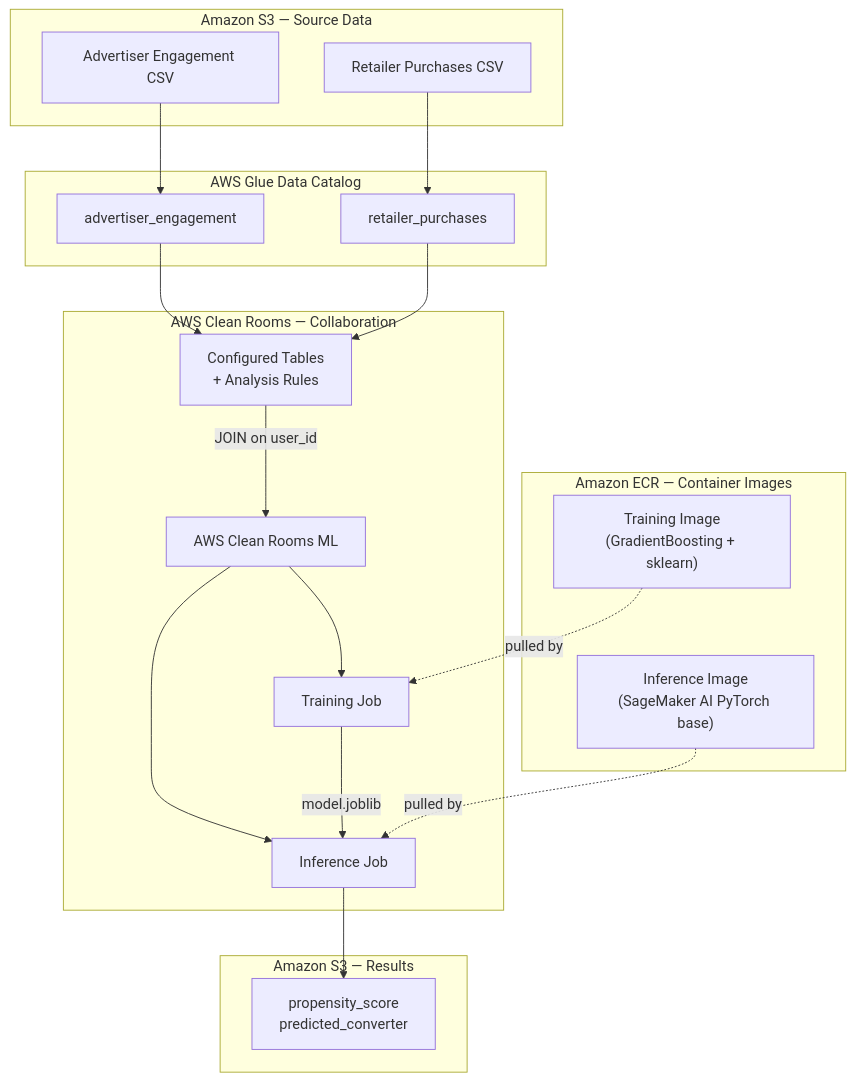
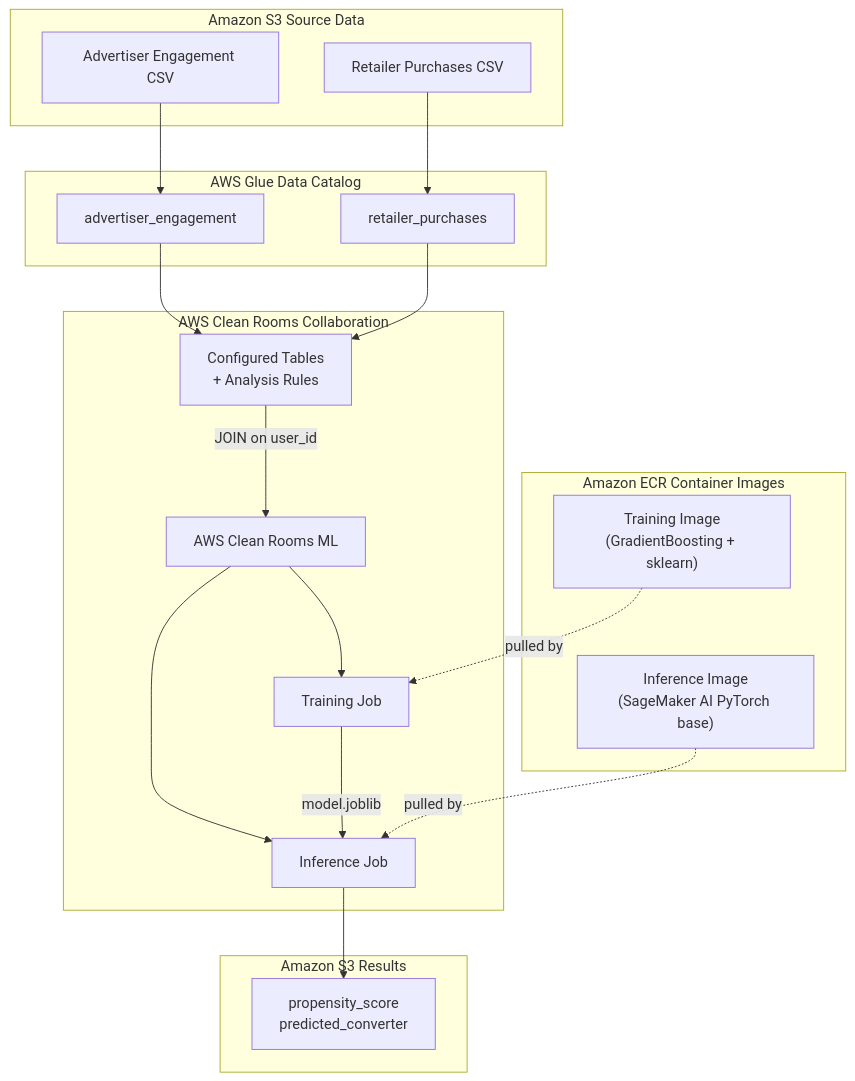
Before and after one commit to aws-samples/sample-AWSCleanRoomsCustomMLModel: the diagram in README.md, drawn with Mermaid. The commit also changed other lines of this file, not shown here.

Commit message:
Fix corrupted README

````diff
--- a/README.md
+++ b/README.md
@@ -208,42 +210,42 @@
 ```mermaid
 flowchart TB
-    subgraph S3_Source["Amazon S3 — Source Data"]
+    subgraph S3_Source["Amazon S3  Source Data"]
         A["Advertiser Engagement CSV"]
         B["Retailer Purchases CSV"]
     end
 
     subgraph Glue["AWS Glue Data Catalog"]
         GA["advertiser_engagement"]
         GB["retailer_purchases"]
     end
 
-    subgraph ECR["Amazon ECR — Container Images"]
+    subgraph ECR["Amazon ECR  Container Images"]
         TI["Training Image\n(GradientBoosting + sklearn)"]
         TI ~~~ II
         II["Inference Image\n(SageMaker AI PyTorch base)"]
     end
 
-    subgraph CR["AWS Clean Rooms — Collaboration"]
+    subgraph CR["AWS Clean Rooms  Collaboration"]
         CT["Configured Tables\n+ Analysis Rules"]
         CRML["AWS Clean Rooms ML"]
         TJ["Training Job"]
         IJ["Inference Job"]
 
         CT -->|"JOIN on user_id"| CRML
         CRML --> TJ
         CRML --> IJ
         TJ -->|"model.joblib"| IJ
     end
 
-    subgraph S3_Output["Amazon S3 — Results"]
+    subgraph S3_Output["Amazon S3  Results"]
         OUT["propensity_score\npredicted_converter"]
     end
 
     A --> GA
     B --> GB
     GA --> CT
     GB --> CT
     TI -.->|"pulled by"| TJ
     II -.->|"pulled by"| IJ
     IJ --> OUT
 ```
````
